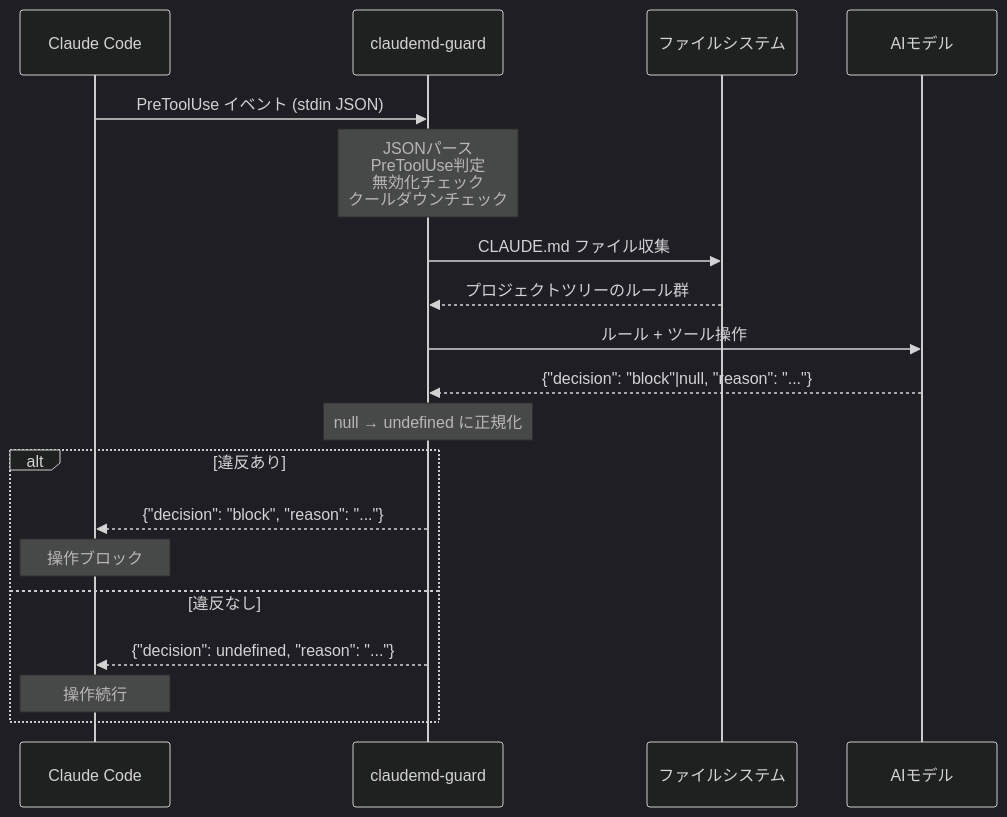
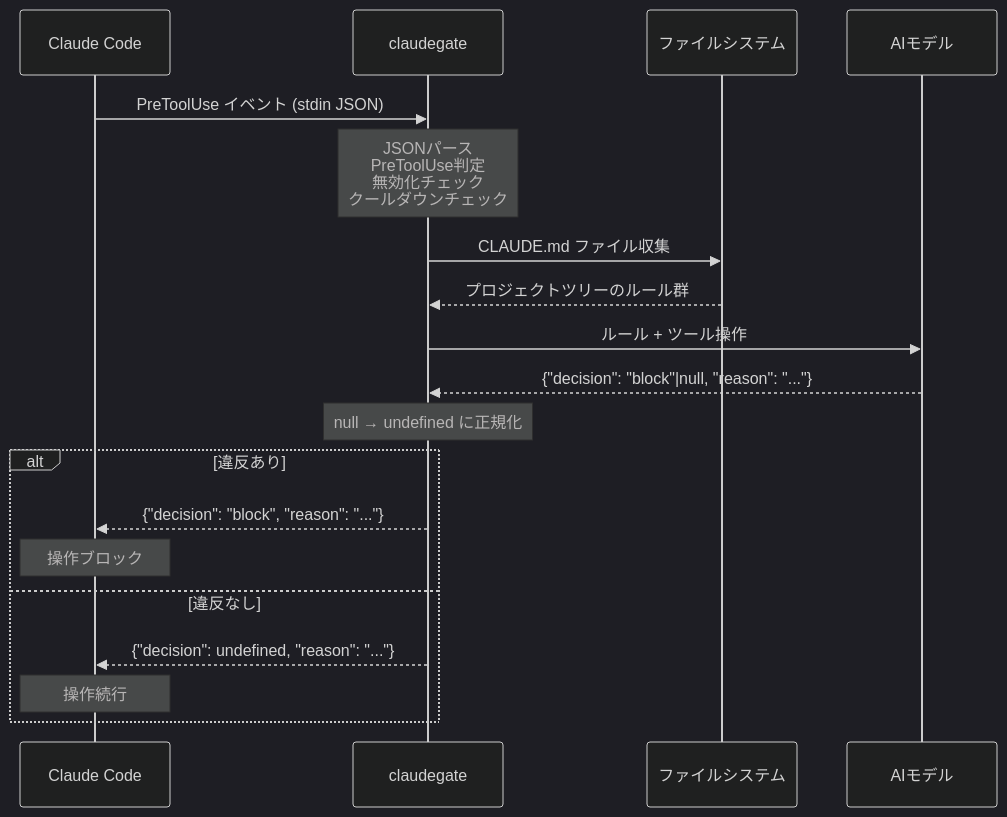
The first of 5 diagrams in docs/architecture_jp.md (Hiro-Chiba/claudemd-guard), drawn with Mermaid (dark theme) before and after one commit. The commit also changed other lines of this file and 19 other files, not shown here.

First line of the commit message:
chore: rename project from claudemd-guard to claudegate (#22)

````diff
--- a/docs/architecture_jp.md
+++ b/docs/architecture_jp.md
@@ -10,25 +10,25 @@
 ```mermaid
 sequenceDiagram
     participant CC as Claude Code
-    participant Hook as claudemd-guard
+    participant Hook as claudegate
     participant FS as ファイルシステム
     participant AI as AIモデル
 
     CC->>Hook: PreToolUse イベント (stdin JSON)
     Note over Hook: JSONパース<br/>PreToolUse判定<br/>無効化チェック<br/>クールダウンチェック
 
     Hook->>FS: CLAUDE.md ファイル収集
     FS-->>Hook: プロジェクトツリーのルール群
 
     Hook->>AI: ルール + ツール操作
     AI-->>Hook: {"decision": "block"|null, "reason": "..."}
     Note over Hook: null → undefined に正規化
 
     alt 違反あり
         Hook-->>CC: {"decision": "block", "reason": "..."}
         Note over CC: 操作ブロック
     else 違反なし
         Hook-->>CC: {"decision": undefined, "reason": "..."}
         Note over CC: 操作続行
     end
 ```
````
